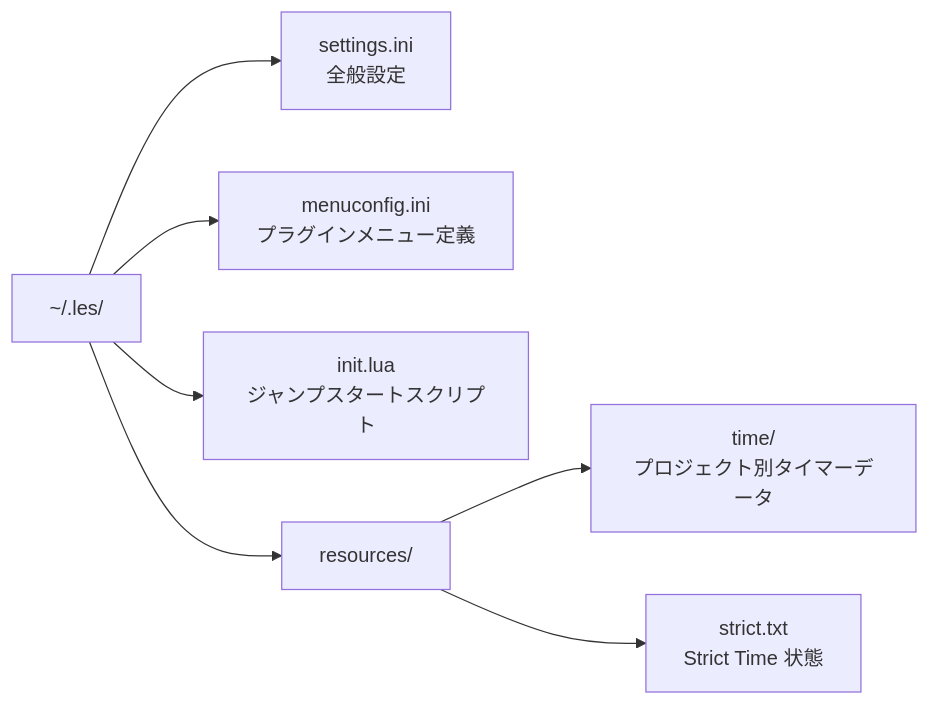
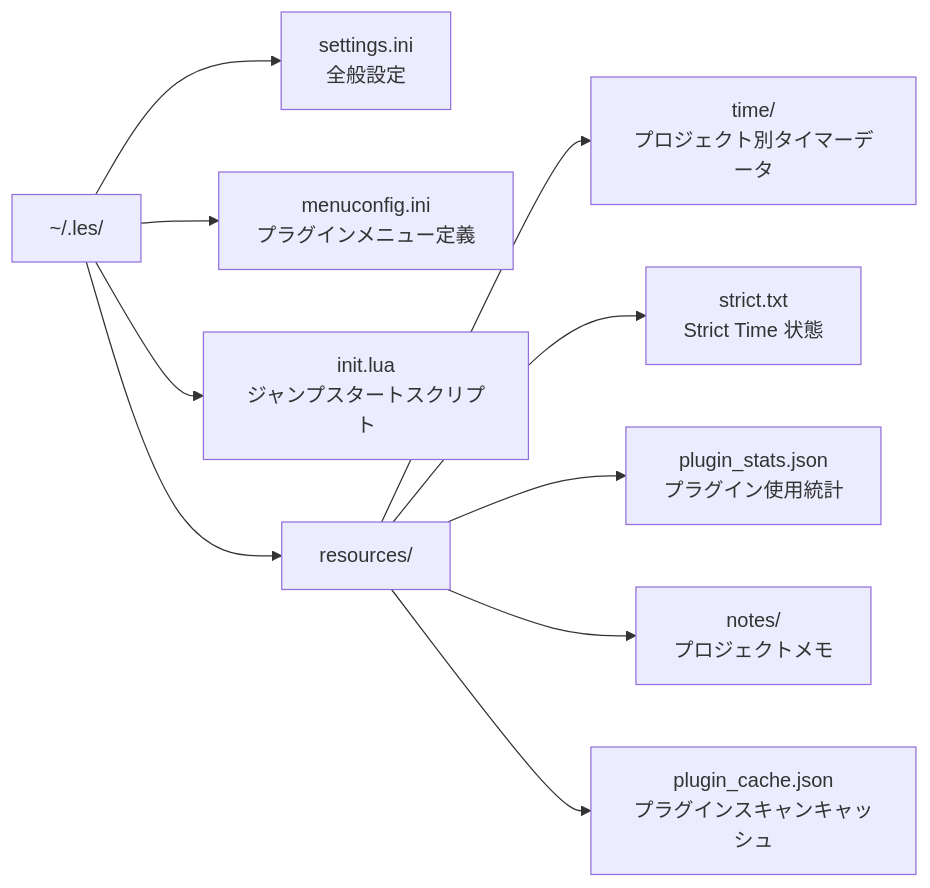
One commit to LiveEnhancementSuite/LESforMacOS changed the ninth of 13 diagrams in docs/USER_MANUAL.md. Above: the diagram before and after it, drawn with Mermaid. The commit also changed other lines of this file and 2 other files, not shown here.

````diff
--- a/docs/USER_MANUAL.md
+++ b/docs/USER_MANUAL.md
@@ -451,9 +468,12 @@
 ```mermaid
 graph LR
     H["~/.les/"] --> A["settings.ini<br/>全般設定"]
     H --> B["menuconfig.ini<br/>プラグインメニュー定義"]
     H --> C["init.lua<br/>ジャンプスタートスクリプト"]
     H --> D["resources/"]
     D --> E["time/<br/>プロジェクト別タイマーデータ"]
     D --> F["strict.txt<br/>Strict Time 状態"]
+    D --> G["plugin_stats.json<br/>プラグイン使用統計"]
+    D --> N["notes/<br/>プロジェクトメモ"]
+    D --> P["plugin_cache.json<br/>プラグインスキャンキャッシュ"]
 ```
````
